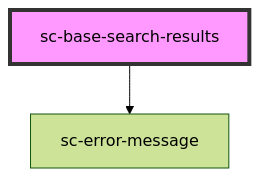
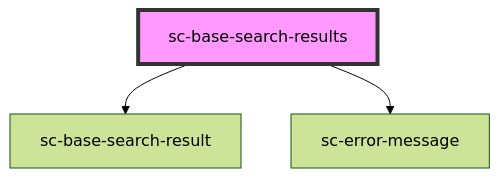
One commit to searchcraft-inc/searchcraft-javascript-sdks changed the diagram in packages/searchcraft-web-components/src/components/sc-base-search-results/readme.md. Above: the diagram before and after it, drawn with Mermaid (forest theme). The commit also changed other lines of this file and 18 other files, not shown here.

Commit message:
Integrate web components into base search form

````diff
--- a/packages/searchcraft-web-components/src/components/sc-base-search-results/readme.md
+++ b/packages/searchcraft-web-components/src/components/sc-base-search-results/readme.md
@@ -15,5 +16,6 @@
 ```mermaid
 graph TD;
+  sc-base-search-results --> sc-base-search-result
   sc-base-search-results --> sc-error-message
   style sc-base-search-results fill:#f9f,stroke:#333,stroke-width:4px
 ```
````
